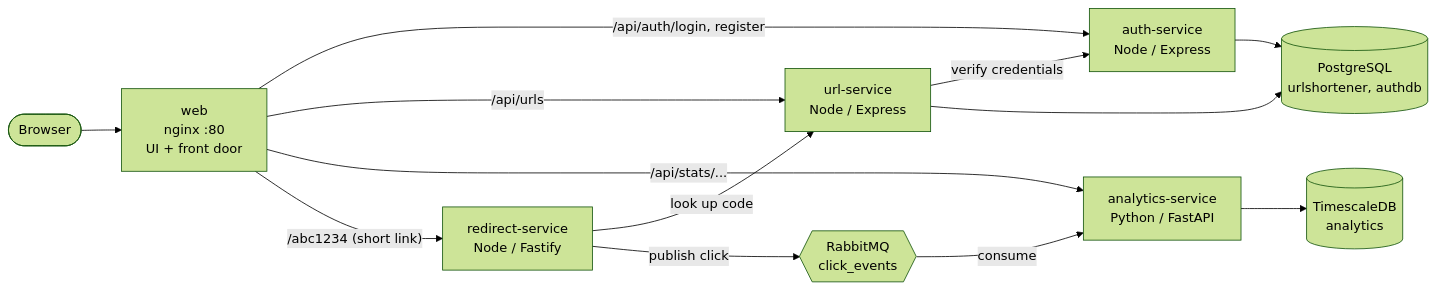
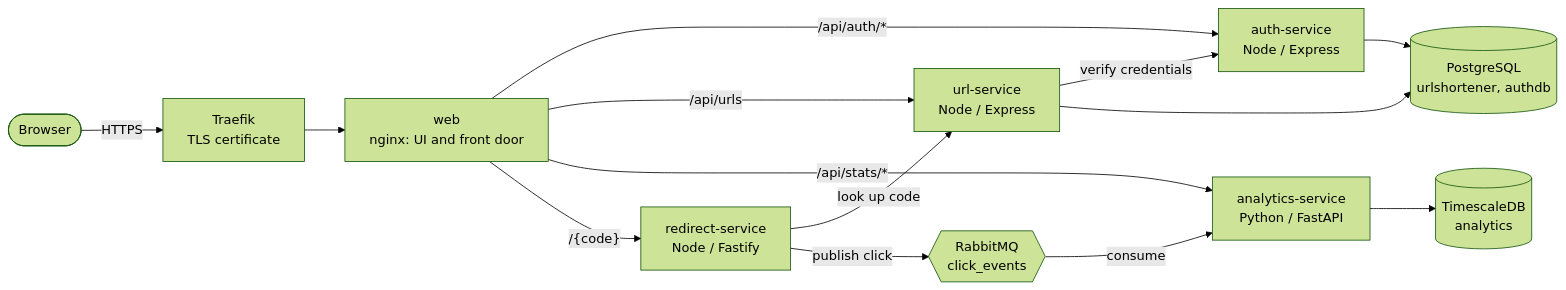
One commit to Thiranjshan/url-shortener changed the first of 3 diagrams in README.md. Above: the diagram before and after it, drawn with Mermaid (forest theme). The commit also changed other lines of this file and 5 other files, not shown here.

````diff
--- a/README.md
+++ b/README.md
@@ -50,18 +67,19 @@
 ```mermaid
 flowchart LR
-    User([Browser]) --> WEB["web<br/>nginx :80<br/>UI + front door"]
+    User([Browser]) -->|HTTPS| TR["Traefik<br/>TLS certificate"]
+    TR --> WEB["web<br/>nginx: UI and front door"]
 
-    WEB -->|"/api/auth/login, register"| AUTH["auth-service<br/>Node / Express"]
+    WEB -->|"/api/auth/*"| AUTH["auth-service<br/>Node / Express"]
     WEB -->|"/api/urls"| URL["url-service<br/>Node / Express"]
-    WEB -->|"/api/stats/..."| ANA["analytics-service<br/>Python / FastAPI"]
-    WEB -->|"/abc1234 (short link)"| RED["redirect-service<br/>Node / Fastify"]
+    WEB -->|"/api/stats/*"| ANA["analytics-service<br/>Python / FastAPI"]
+    WEB -->|"/{code}"| RED["redirect-service<br/>Node / Fastify"]
 
     URL -->|"verify credentials"| AUTH
     RED -->|"look up code"| URL
     RED -->|"publish click"| MQ{{"RabbitMQ<br/>click_events"}}
     MQ -->|"consume"| ANA
 
     URL --> PG[("PostgreSQL<br/>urlshortener, authdb")]
     AUTH --> PG
     ANA --> TS[("TimescaleDB<br/>analytics")]
 ```
````
